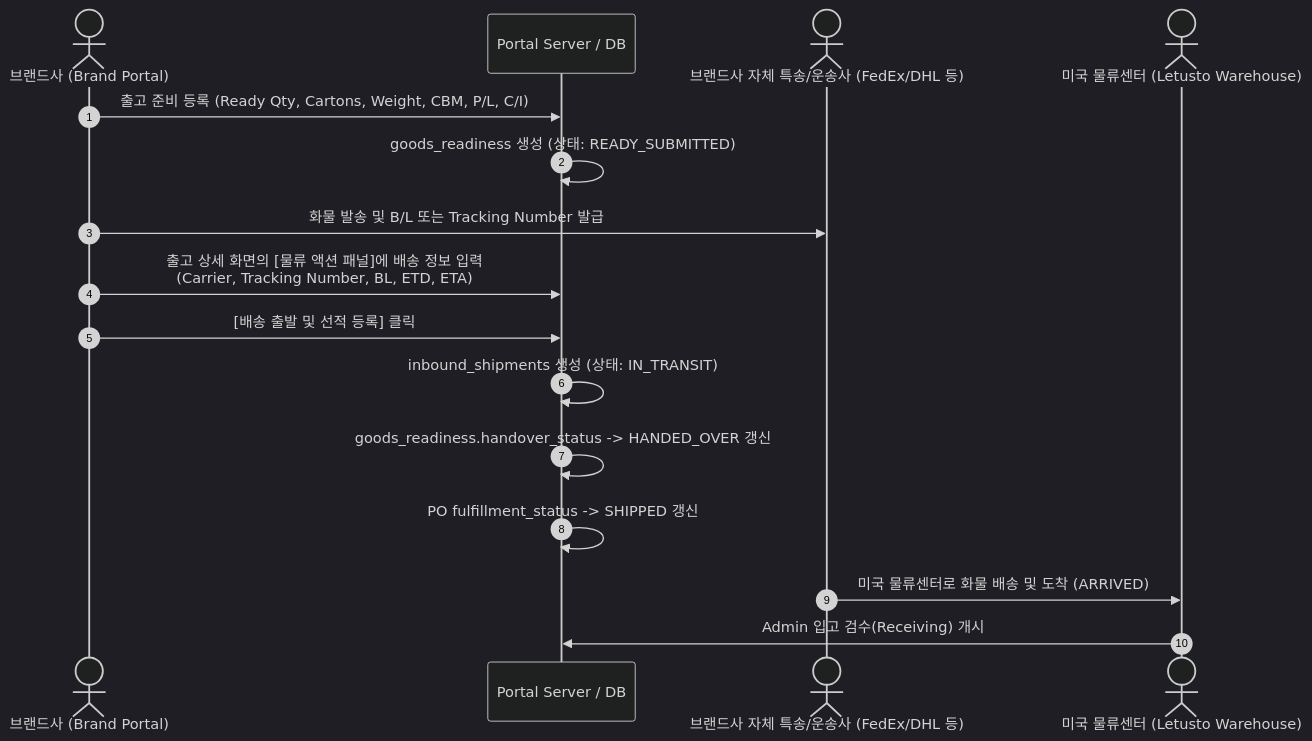
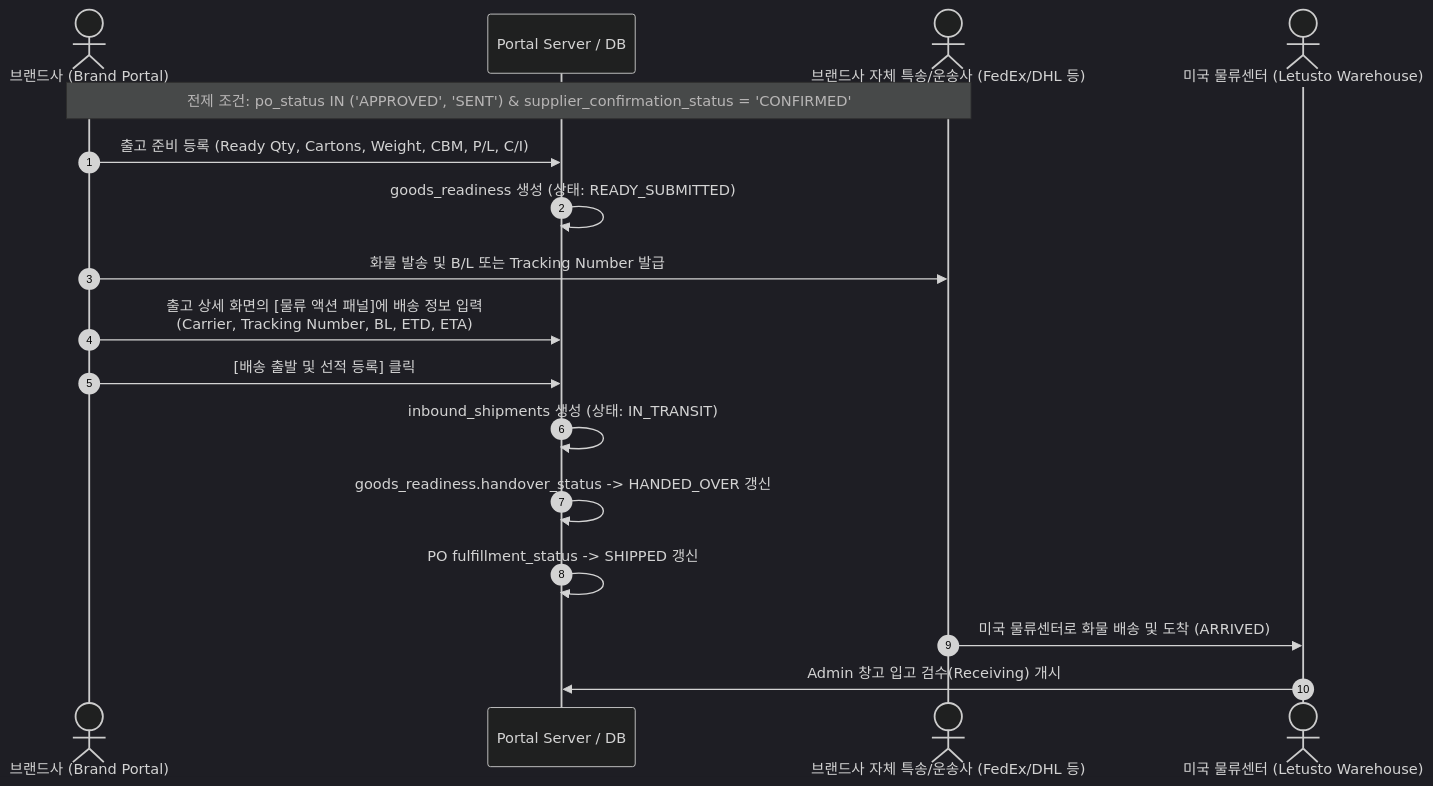
One commit to chaehahm-Kr/KBGP-Portal changed the third of 7 diagrams in Manuals/MAN-B-LOG-001_Shipping-Logistics/01_SOURCE/MAN-B-LOG-001_Workflow_Map.md. Above: the diagram before and after it, drawn with Mermaid (dark theme). The commit also changed other lines of this file and 3 other files, not shown here.

````diff
--- a/Manuals/MAN-B-LOG-001_Shipping-Logistics/01_SOURCE/MAN-B-LOG-001_Workflow_Map.md
+++ b/Manuals/MAN-B-LOG-001_Shipping-Logistics/01_SOURCE/MAN-B-LOG-001_Workflow_Map.md
@@ -101,19 +105,20 @@
 ```mermaid
 sequenceDiagram
     autonumber
     actor Brand as 브랜드사 (Brand Portal)
     participant Portal as Portal Server / DB
     actor Courier as 브랜드사 자체 특송/운송사 (FedEx/DHL 등)
     actor Warehouse as 미국 물류센터 (Letusto Warehouse)
 
+    Note over Brand, Courier: 전제 조건: po_status IN ('APPROVED', 'SENT') & supplier_confirmation_status = 'CONFIRMED'
     Brand->>Portal: 출고 준비 등록 (Ready Qty, Cartons, Weight, CBM, P/L, C/I)
     Portal->>Portal: goods_readiness 생성 (상태: READY_SUBMITTED)
     Brand->>Courier: 화물 발송 및 B/L 또는 Tracking Number 발급
     Brand->>Portal: 출고 상세 화면의 [물류 액션 패널]에 배송 정보 입력<br/>(Carrier, Tracking Number, BL, ETD, ETA)
     Brand->>Portal: [배송 출발 및 선적 등록] 클릭
     Portal->>Portal: inbound_shipments 생성 (상태: IN_TRANSIT)
     Portal->>Portal: goods_readiness.handover_status -> HANDED_OVER 갱신
     Portal->>Portal: PO fulfillment_status -> SHIPPED 갱신
     Courier->>Warehouse: 미국 물류센터로 화물 배송 및 도착 (ARRIVED)
-    Warehouse->>Portal: Admin 입고 검수(Receiving) 개시
+    Warehouse->>Portal: Admin 창고 입고 검수(Receiving) 개시
 ```
````
